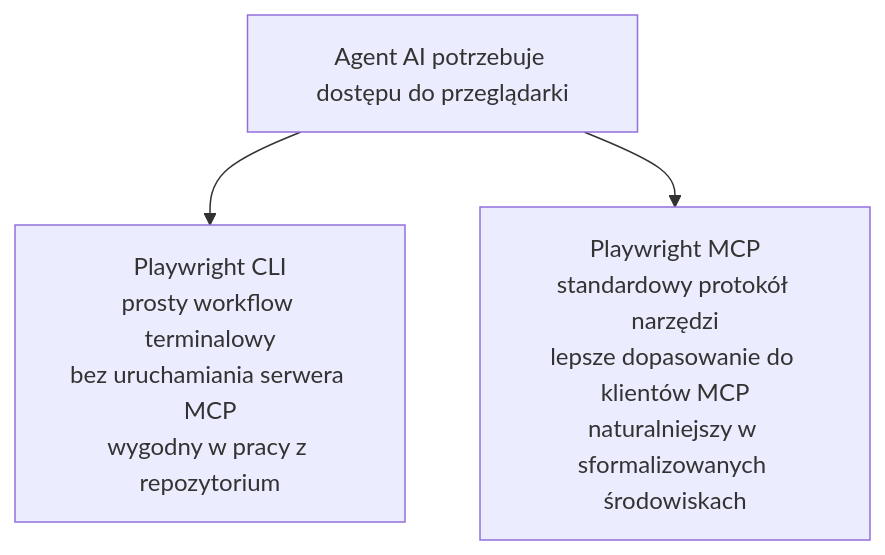
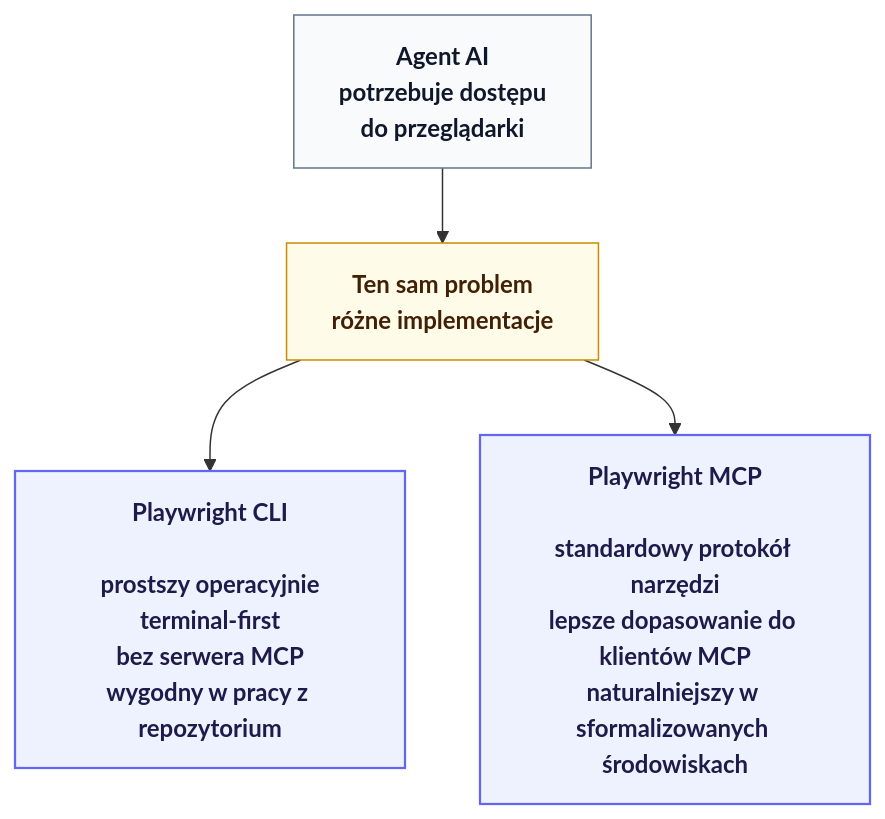
One commit to AI-Testers-pl/playwright-multiagent-demo changed the diagram in BONUS-playwright-cli-vs-mcp.md. Above: the diagram before and after it, drawn with Mermaid.

Commit message:
Polish Playwright comparison diagram

````diff
--- a/BONUS-playwright-cli-vs-mcp.md
+++ b/BONUS-playwright-cli-vs-mcp.md
@@ -120,6 +120,16 @@
 ```mermaid
 flowchart TD
-    A["Agent AI potrzebuje dostępu do przeglądarki"]
-    A --> B["Playwright CLI<br/>prosty workflow terminalowy<br/>bez uruchamiania serwera MCP<br/>wygodny w pracy z repozytorium"]
-    A --> C["Playwright MCP<br/>standardowy protokół narzędzi<br/>lepsze dopasowanie do klientów MCP<br/>naturalniejszy w sformalizowanych środowiskach"]
+    Need["Agent AI<br/>potrzebuje dostępu<br/>do przeglądarki"]
+    Need --> Same["Ten sam problem<br/>różne implementacje"]
+
+    Same --> CLI["Playwright CLI<br/><br/>prostszy operacyjnie<br/>terminal-first<br/>bez serwera MCP<br/>wygodny w pracy z repozytorium"]
+    Same --> MCP["Playwright MCP<br/><br/>standardowy protokół narzędzi<br/>lepsze dopasowanie do klientów MCP<br/>naturalniejszy w sformalizowanych środowiskach"]
+
+    classDef root fill:#f8fafc,stroke:#64748b,stroke-width:1px,color:#0f172a,font-weight:bold;
+    classDef shared fill:#fefce8,stroke:#ca8a04,stroke-width:1px,color:#422006,font-weight:bold;
+    classDef tool fill:#eef2ff,stroke:#6366f1,stroke-width:1.5px,color:#1e1b4b;
+
+    class Need root;
+    class Same shared;
+    class CLI,MCP tool;
 ```
````
